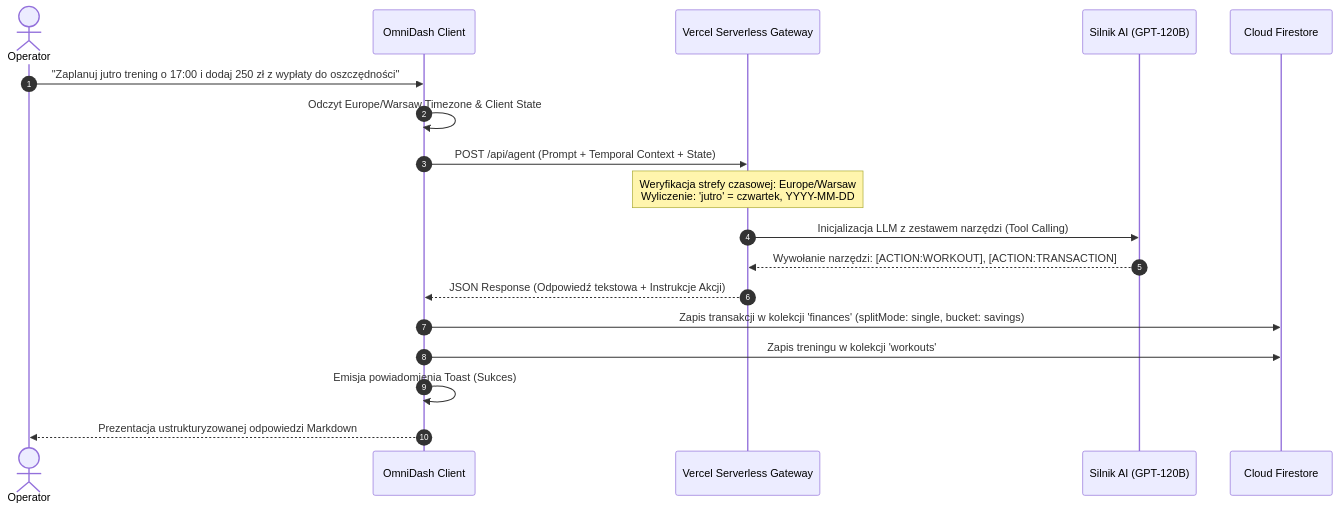
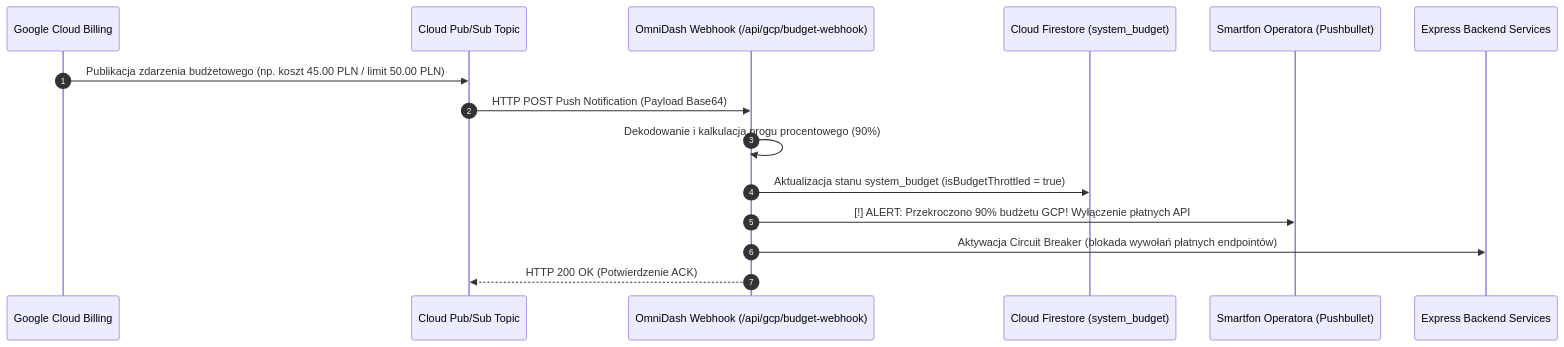
Before and after one commit to Kvbi213/ai-system-dashboard: the second of 2 diagrams in README.md, drawn with Mermaid. The commit also changed other lines of this file and 11 other files, not shown here.

````diff
--- a/README.md
+++ b/README.md
@@ -119,21 +180,18 @@
 ```mermaid
 sequenceDiagram
     autonumber
-    actor Operator as Operator
-    participant Client as OmniDash Client
-    participant Vercel as Vercel Serverless Gateway
-    participant LLM as Silnik AI (GPT-120B)
-    participant Cloud as Cloud Firestore
+    participant GCP as Google Cloud Billing
+    participant PubSub as Cloud Pub/Sub Topic
+    participant Webhook as OmniDash Webhook (/api/gcp/budget-webhook)
+    participant Firestore as Cloud Firestore (system_budget)
+    participant Pushbullet as Smartfon Operatora (Pushbullet)
+    participant Core as Express Backend Services
 
-    Operator->>Client: "Zaplanuj jutro trening o 17:00 i dodaj 250 zł z wypłaty do oszczędności"
-    Client->>Client: Odczyt Europe/Warsaw Timezone & Client State
-    Client->>Vercel: POST /api/agent (Prompt + Temporal Context + State)
-    Note over Vercel: Weryfikacja strefy czasowej: Europe/Warsaw<br/>Wyliczenie: 'jutro' = czwartek, YYYY-MM-DD
-    Vercel->>LLM: Inicjalizacja LLM z zestawem narzędzi (Tool Calling)
-    LLM-->>Vercel: Wywołanie narzędzi: [ACTION:WORKOUT], [ACTION:TRANSACTION]
-    Vercel-->>Client: JSON Response (Odpowiedź tekstowa + Instrukcje Akcji)
-    Client->>Cloud: Zapis transakcji w kolekcji 'finances' (splitMode: single, bucket: savings)
-    Client->>Cloud: Zapis treningu w kolekcji 'workouts'
-    Client->>Client: Emisja powiadomienia Toast (Sukces)
-    Client-->>Operator: Prezentacja ustrukturyzowanej odpowiedzi Markdown
+    GCP->>PubSub: Publikacja zdarzenia budżetowego (np. koszt 45.00 PLN / limit 50.00 PLN)
+    PubSub->>Webhook: HTTP POST Push Notification (Payload Base64)
+    Webhook->>Webhook: Dekodowanie i kalkulacja progu procentowego (90%)
+    Webhook->>Firestore: Aktualizacja stanu system_budget (isBudgetThrottled = true)
+    Webhook->>Pushbullet: [!] ALERT: Przekroczono 90% budżetu GCP! Wyłączenie płatnych API
+    Webhook->>Core: Aktywacja Circuit Breaker (blokada wywołań płatnych endpointów)
+    Webhook-->>PubSub: HTTP 200 OK (Potwierdzenie ACK)
 ```
````
